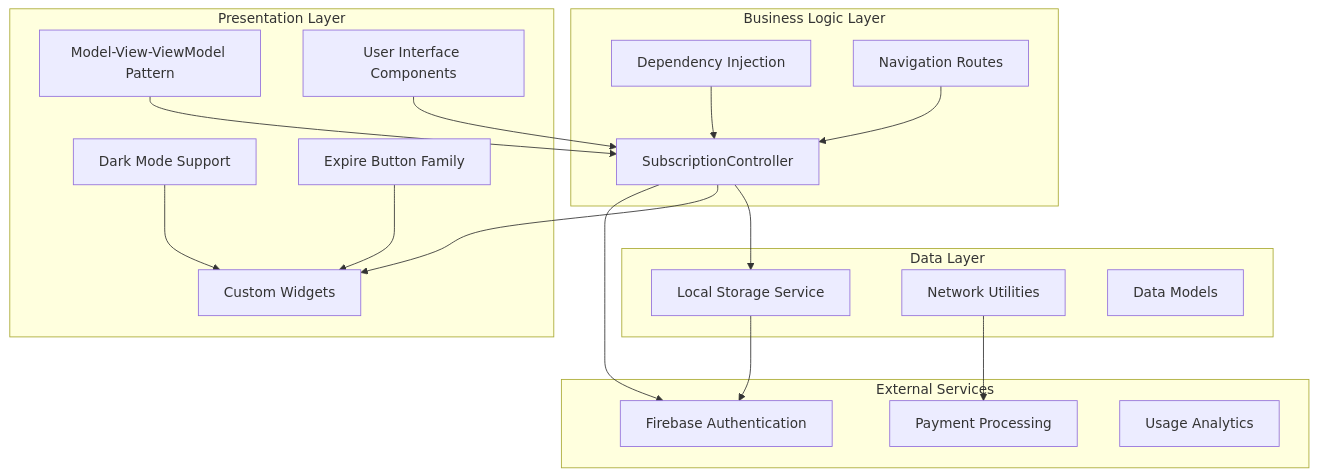
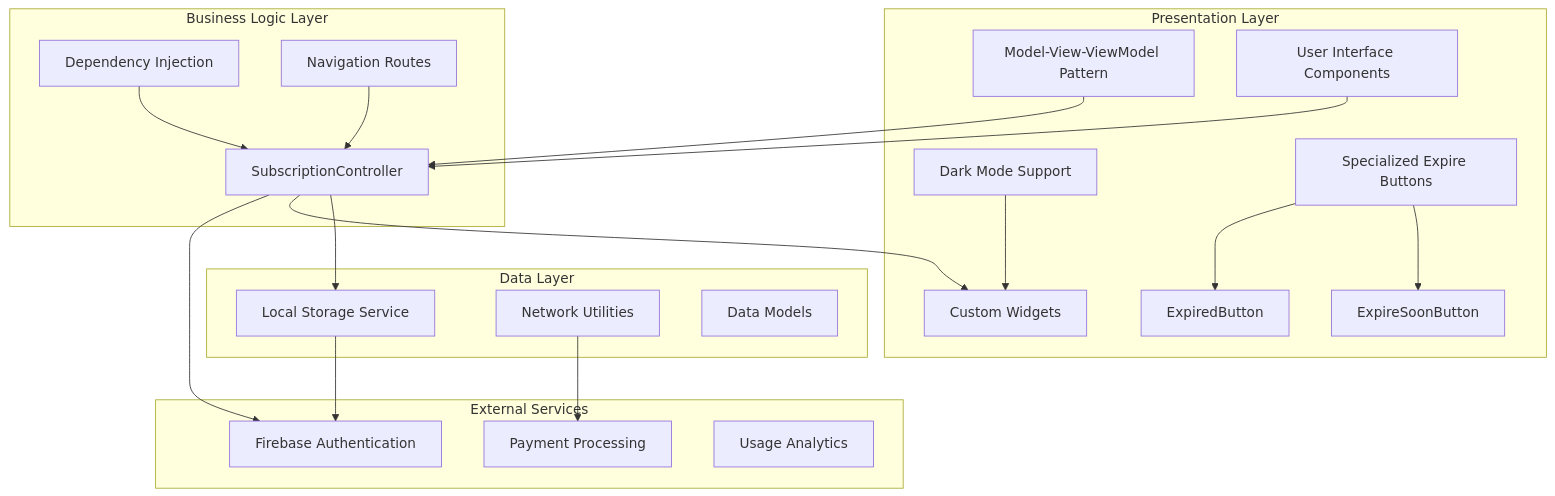
Before and after one commit to Ariful3111/FurniGo: the first of 9 diagrams in .qoder/repowiki/en/content/Core Features/Membership and Subscription System.md, drawn with Mermaid. The commit also changed other lines of this file and 9 other files, not shown here.

````diff
--- a/.qoder/repowiki/en/content/Core Features/Membership and Subscription System.md
+++ b/.qoder/repowiki/en/content/Core Features/Membership and Subscription System.md
@@ -58,36 +57,39 @@
 ```mermaid
 graph TB
 subgraph "Presentation Layer"
 MVVM[Model-View-ViewModel Pattern]
 UI[User Interface Components]
 Widgets[Custom Widgets]
 DarkMode[Dark Mode Support]
-ExpireButtons[Expire Button Family]
+ExpireButtons[Specialized Expire Buttons]
+ExpireSoonButton[ExpireSoonButton]
+ExpiredButton[ExpiredButton]
 end
 subgraph "Business Logic Layer"
 Controller[SubscriptionController]
 Bindings[Dependency Injection]
 Routes[Navigation Routes]
 end
 subgraph "Data Layer"
 Storage[Local Storage Service]
 Network[Network Utilities]
 Models[Data Models]
 end
 subgraph "External Services"
 Firebase[Firebase Authentication]
 Payment[Payment Processing]
 Analytics[Usage Analytics]
 end
 MVVM --> Controller
 Controller --> Storage
 Controller --> Widgets
 Controller --> Firebase
 UI --> Controller
 Bindings --> Controller
 Routes --> Controller
 Storage --> Firebase
 Network --> Payment
 DarkMode --> Widgets
-ExpireButtons --> Widgets
+ExpireButtons --> ExpireSoonButton
+ExpireButtons --> ExpiredButton
 ```
````
